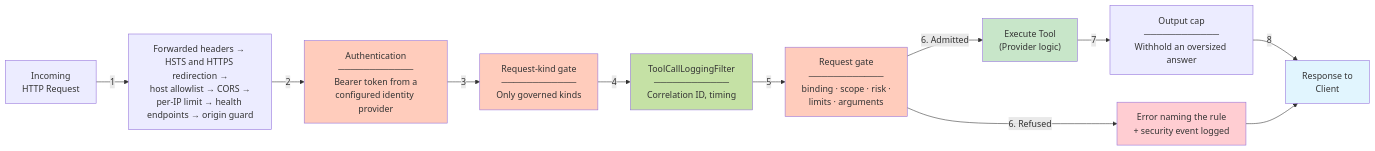
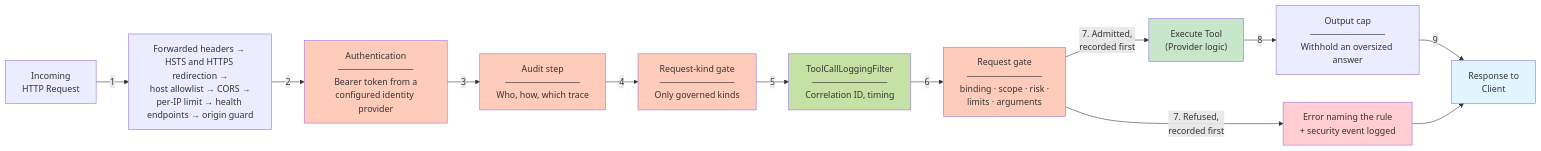
One commit to oskarc/MCPExtensibleTemplate changed the fifth of 10 diagrams in docs/02-ARCHITECTURE-FLOWCHARTS.md. Above: the diagram before and after it, drawn with Mermaid. The commit also changed 8 other files, not shown here.

````diff
--- a/docs/02-ARCHITECTURE-FLOWCHARTS.md
+++ b/docs/02-ARCHITECTURE-FLOWCHARTS.md
@@ -191,29 +191,32 @@
 ```mermaid
 graph LR
     Request["Incoming<br/>HTTP Request"] -->|1| Pipeline["Forwarded headers → HSTS and HTTPS redirection →<br/>host allowlist → CORS →<br/>per-IP limit → health endpoints → origin guard"]
 
     Pipeline -->|2| Auth["Authentication<br/>────────────<br/>Bearer token from a<br/>configured identity provider"]
 
-    Auth -->|3| Kinds["Request-kind gate<br/>────────────<br/>Only governed kinds"]
+    Auth -->|3| Audit["Audit step<br/>────────────<br/>Who, how, which trace"]
 
-    Kinds -->|4| Logger["ToolCallLoggingFilter<br/>────────────<br/>Correlation ID, timing"]
+    Audit -->|4| Kinds["Request-kind gate<br/>────────────<br/>Only governed kinds"]
 
-    Logger -->|5| Gate["Request gate<br/>────────────<br/>binding · scope · risk ·<br/>limits · arguments"]
+    Kinds -->|5| Logger["ToolCallLoggingFilter<br/>────────────<br/>Correlation ID, timing"]
 
-    Gate -->|6. Admitted| Execute["Execute Tool<br/>(Provider logic)"]
-    Gate -->|6. Refused| Refused["Error naming the rule<br/>+ security event logged"]
+    Logger -->|6| Gate["Request gate<br/>────────────<br/>binding · scope · risk ·<br/>limits · arguments"]
 
-    Execute -->|7| Cap["Output cap<br/>────────────<br/>Withhold an oversized answer"]
+    Gate -->|7. Admitted,<br/>recorded first| Execute["Execute Tool<br/>(Provider logic)"]
+    Gate -->|7. Refused,<br/>recorded first| Refused["Error naming the rule<br/>+ security event logged"]
 
-    Cap -->|8| Response["Response to<br/>Client"]
+    Execute -->|8| Cap["Output cap<br/>────────────<br/>Withhold an oversized answer"]
+
+    Cap -->|9| Response["Response to<br/>Client"]
 
     Refused --> Response
 
     style Auth fill:#ffccbc
+    style Audit fill:#ffccbc
     style Kinds fill:#ffccbc
     style Logger fill:#c5e1a5
     style Gate fill:#ffccbc
     style Execute fill:#c8e6c9
     style Refused fill:#ffcdd2
     style Response fill:#e1f5fe
 ```
````
